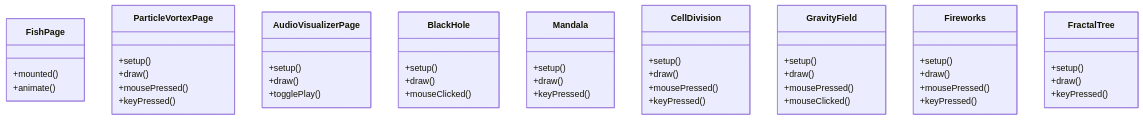
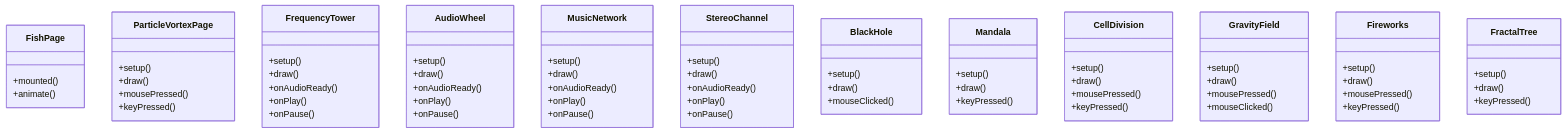
The sixth of 7 diagrams in .qoder/repowiki/zh/content/动画系统/动画系统.md (yuyezhizhi/yuyezhizhi.github.io), drawn with Mermaid before and after one commit. The commit also changed other lines of this file and 6 other files, not shown here.

````diff
--- a/.qoder/repowiki/zh/content/动画系统/动画系统.md
+++ b/.qoder/repowiki/zh/content/动画系统/动画系统.md
@@ -196,51 +200,74 @@
 ```mermaid
 classDiagram
 class FishPage {
 +mounted()
 +animate()
 }
 class ParticleVortexPage {
 +setup()
 +draw()
 +mousePressed()
 +keyPressed()
 }
-class AudioVisualizerPage {
+class FrequencyTower {
 +setup()
 +draw()
-+togglePlay()
++onAudioReady()
++onPlay()
++onPause()
+}
+class AudioWheel {
++setup()
++draw()
++onAudioReady()
++onPlay()
++onPause()
+}
+class MusicNetwork {
++setup()
++draw()
++onAudioReady()
++onPlay()
++onPause()
+}
+class StereoChannel {
++setup()
++draw()
++onAudioReady()
++onPlay()
++onPause()
 }
 class BlackHole {
 +setup()
 +draw()
 +mouseClicked()
 }
 class Mandala {
 +setup()
 +draw()
 +keyPressed()
 }
 class CellDivision {
 +setup()
 +draw()
 +mousePressed()
 +keyPressed()
 }
 class GravityField {
 +setup()
 +draw()
 +mousePressed()
 +mouseClicked()
 }
 class Fireworks {
 +setup()
 +draw()
 +mousePressed()
 +keyPressed()
 }
 class FractalTree {
 +setup()
 +draw()
 +keyPressed()
 }
 ```
````
